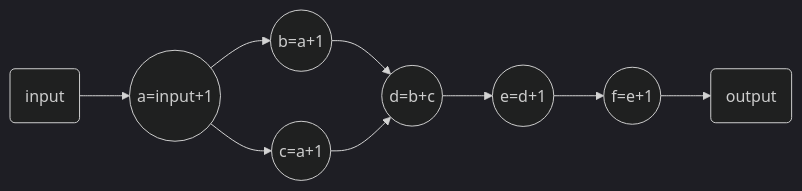
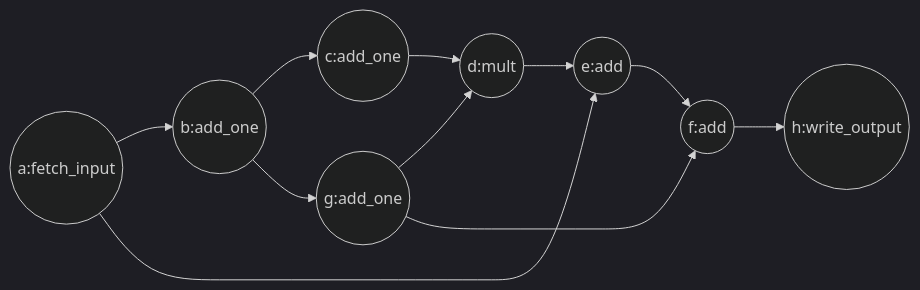
One commit to LionkingYang/taskflow changed the diagram in test/math_test/README.md. Above: the diagram before and after it, drawn with Mermaid (dark theme).

Commit message:
feature:修改readme

````diff
--- a/test/math_test/README.md
+++ b/test/math_test/README.md
@@ -5,11 +5,13 @@
 ```mermaid
 graph LR
-    input(input) --> a((a=input+1))
-    a((a=input+1))-->b((b=a+1))
-    a((a=input+1))-->c((c=a+1))
-    b((b=a+1))-->d((d=b+c))
-    c((c=a+1))-->d((d=b+c))
-    d((d=b+c))-->e((e=d+1))
-    e((e=d+1))-->f((f=e+1))
-    f((f=e+1))-->output(output)
+   a((a:fetch_input)) --> b((b:add_one))
+b((b:add_one)) --> c((c:add_one))
+b((b:add_one)) --> g((g:add_one))
+g((g:add_one)) --> d((d:mult))
+c((c:add_one)) --> d((d:mult))
+d((d:mult)) --> e((e:add))
+a((a:fetch_input)) --> e((e:add))
+e((e:add)) --> f((f:add))
+g((g:add_one)) --> f((f:add))
+f((f:add)) --> h((h:write_output))
 ```
````
